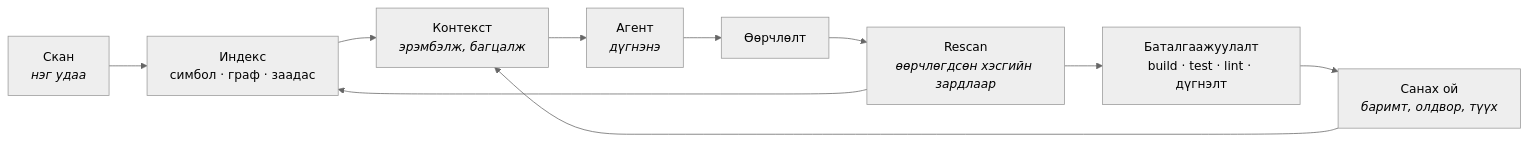
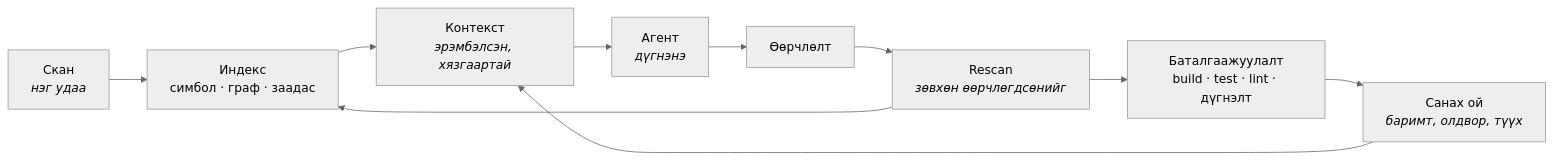
The diagram in README.md (zorigtbaatarAst/nexus), drawn with Mermaid (neutral theme) before and after one commit. The commit also changed other lines of this file and 1 other file, not shown here.

````diff
--- a/README.md
+++ b/README.md
@@ -110,12 +114,12 @@
 ```mermaid
 flowchart LR
     A["Скан<br/><i>нэг удаа</i>"] --> B["Индекс<br/>симбол · граф · заадас"]
-    B --> C["Контекст<br/><i>эрэмбэлж, багцалж</i>"]
+    B --> C["Контекст<br/><i>эрэмбэлсэн, хязгаартай</i>"]
     C --> D["Агент<br/><i>дүгнэнэ</i>"]
     D --> E["Өөрчлөлт"]
-    E --> F["Rescan<br/><i>өөрчлөгдсөн хэсгийн зардлаар</i>"]
+    E --> F["Rescan<br/><i>зөвхөн өөрчлөгдсөнийг</i>"]
     F --> G["Баталгаажуулалт<br/>build · test · lint · дүгнэлт"]
     G --> H["Санах ой<br/><i>баримт, олдвор, түүх</i>"]
     H --> C
     F --> B
 ```
````
